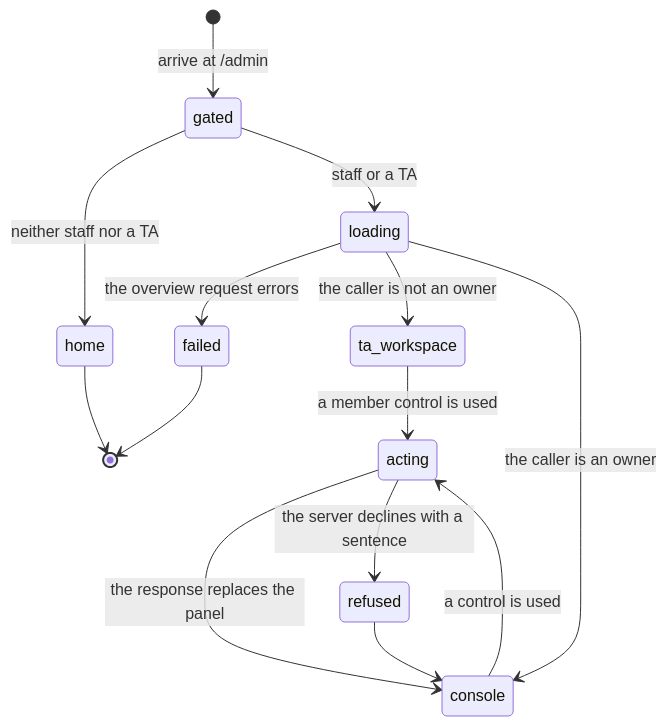
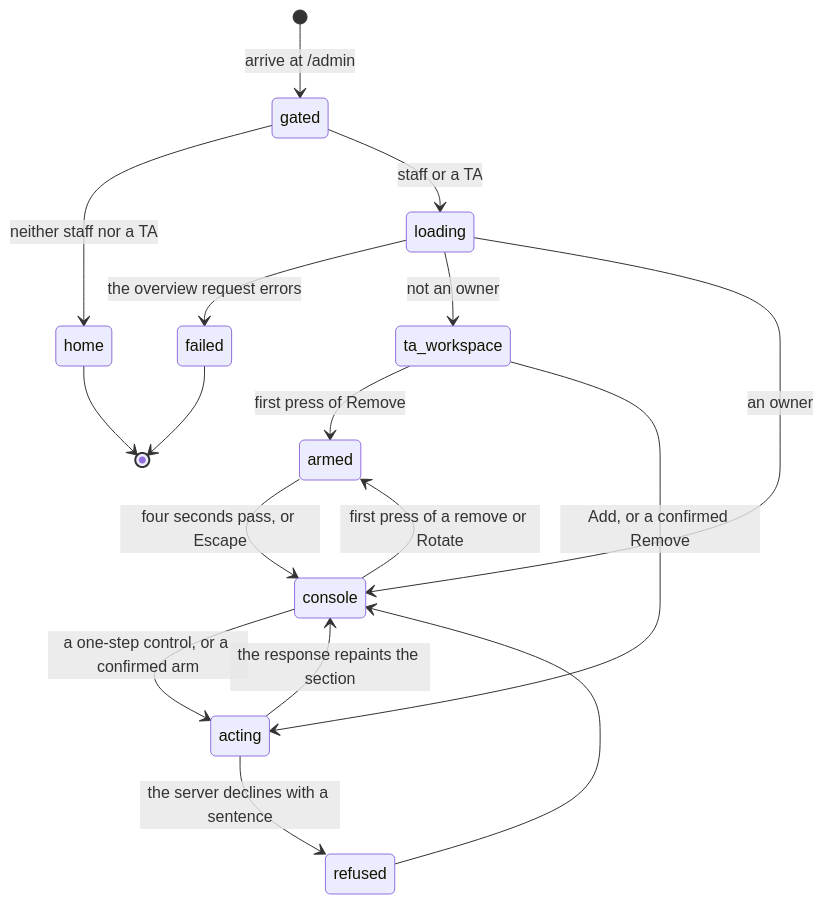
Before and after one commit to SamGu-NRX/CogPortal: the diagram in docs/product-description/portal/admin.md, drawn with Mermaid. The commit also changed other lines of this file and 41 other files, not shown here.

````diff
--- a/docs/product-description/portal/admin.md
+++ b/docs/product-description/portal/admin.md
@@ -57,16 +48,19 @@
 ```mermaid
 stateDiagram-v2
     [*] --> gated : arrive at /admin
     gated --> home : neither staff nor a TA
     gated --> loading : staff or a TA
     loading --> failed : the overview request errors
-    loading --> ta_workspace : the caller is not an owner
-    loading --> console : the caller is an owner
-    console --> acting : a control is used
-    ta_workspace --> acting : a member control is used
-    acting --> console : the response replaces the panel
+    loading --> ta_workspace : not an owner
+    loading --> console : an owner
+    console --> armed : first press of a remove or Rotate
+    ta_workspace --> armed : first press of Remove
+    armed --> console : four seconds pass, or Escape
+    console --> acting : a one-step control, or a confirmed arm
+    ta_workspace --> acting : Add, or a confirmed Remove
+    acting --> console : the response repaints the section
     acting --> refused : the server declines with a sentence
     refused --> console
     home --> [*]
     failed --> [*]
 ```
````
